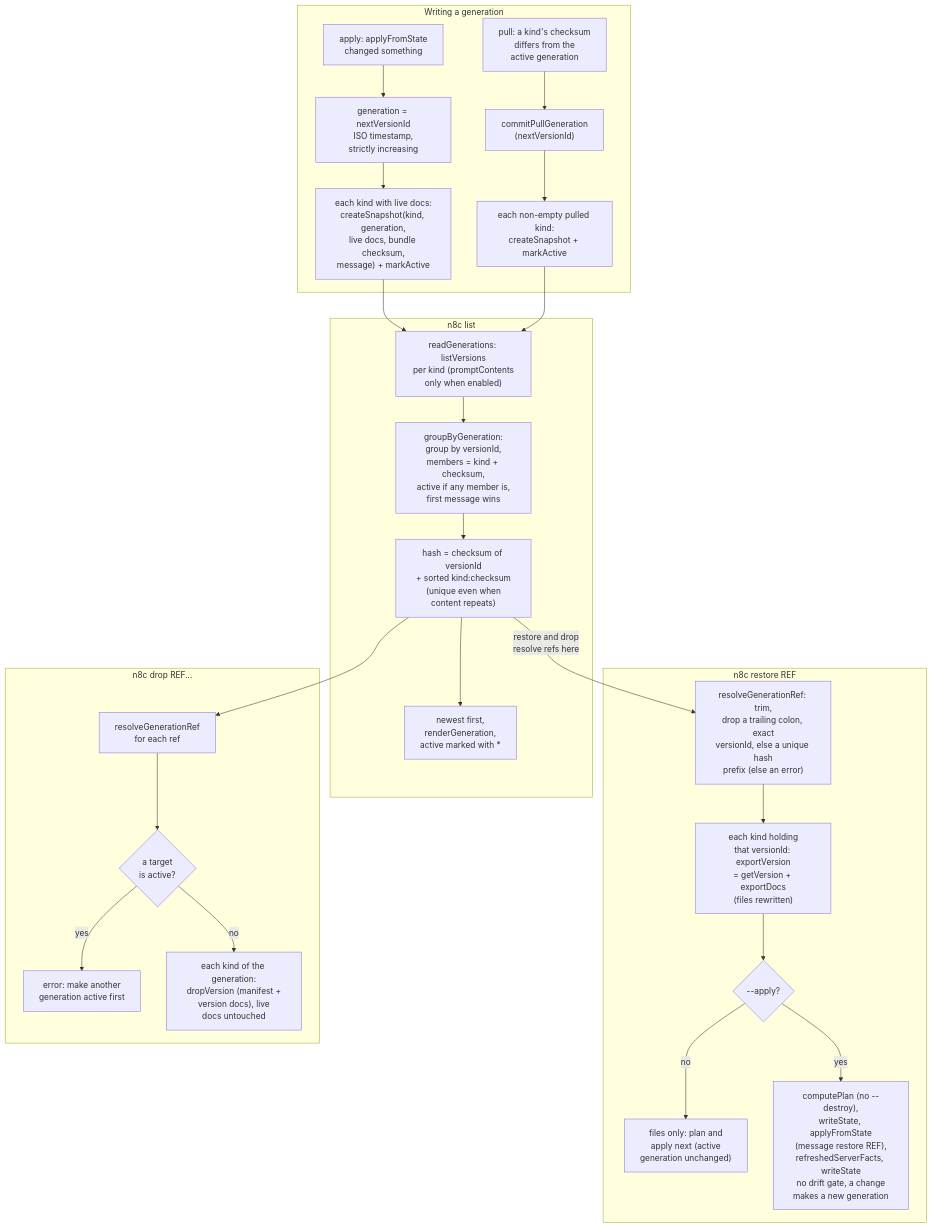
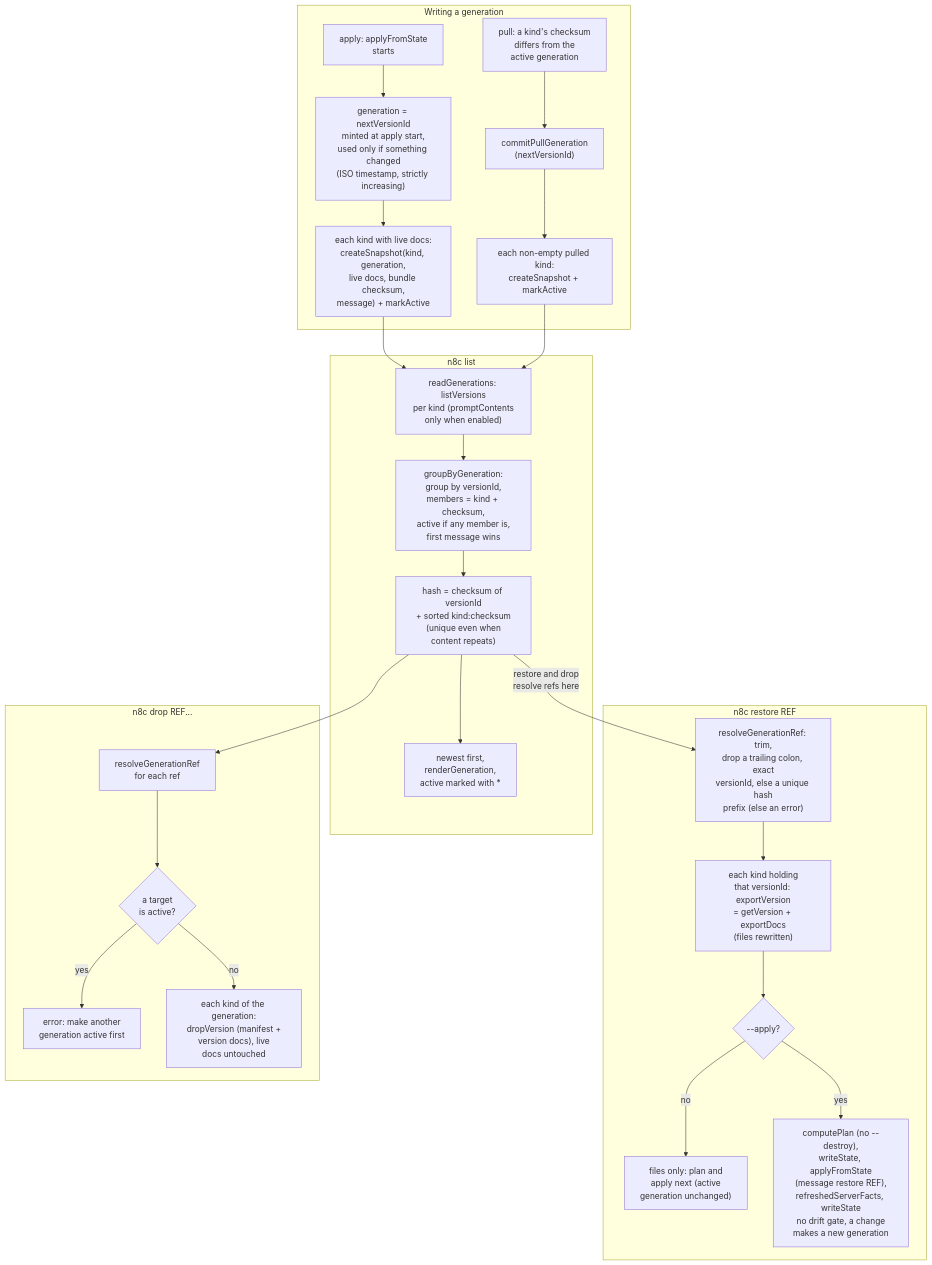
The eighth of 14 diagrams in docs/ARCHITECTURE.md (nullseal/n8c), drawn with Mermaid before and after one commit. The commit also changed other lines of this file, not shown here.

Commit message:
docs: fix diagram accuracy findings

````diff
--- a/docs/ARCHITECTURE.md
+++ b/docs/ARCHITECTURE.md
@@ -475,29 +481,29 @@
 ```mermaid
 flowchart TD
     subgraph WRITE["Writing a generation"]
-        AP["apply: applyFromState<br/>changed something"] --> G1["generation = nextVersionId<br/>ISO timestamp,<br/>strictly increasing"]
+        AP["apply: applyFromState<br/>starts"] --> G1["generation = nextVersionId<br/>minted at apply start,<br/>used only if something changed<br/>(ISO timestamp, strictly increasing)"]
         G1 --> SNAP["each kind with live docs:<br/>createSnapshot(kind, generation,<br/>live docs, bundle checksum,<br/>message) + markActive"]
         PL["pull: a kind's checksum<br/>differs from the<br/>active generation"] --> G2["commitPullGeneration<br/>(nextVersionId)"]
         G2 --> SNAP2["each non-empty pulled kind:<br/>createSnapshot + markActive"]
     end
     subgraph LIST["n8c list"]
         RG["readGenerations: listVersions<br/>per kind (promptContents<br/>only when enabled)"] --> GB["groupByGeneration:<br/>group by versionId,<br/>members = kind + checksum,<br/>active if any member is,<br/>first message wins"]
         GB --> H["hash = checksum of versionId<br/>+ sorted kind:checksum<br/>(unique even when<br/>content repeats)"]
         H --> SORT["newest first,<br/>renderGeneration,<br/>active marked with *"]
     end
     SNAP --> RG
     SNAP2 --> RG
     H -->|"restore and drop<br/>resolve refs here"| R1
     H --> D1
     subgraph RESTORE["n8c restore REF"]
         R1["resolveGenerationRef: trim,<br/>drop a trailing colon, exact<br/>versionId, else a unique hash<br/>prefix (else an error)"] --> R2["each kind holding<br/>that versionId: exportVersion<br/>= getVersion + exportDocs<br/>(files rewritten)"]
         R2 --> R3{"--apply?"}
         R3 -->|"no"| R4["files only: plan and<br/>apply next (active<br/>generation unchanged)"]
         R3 -->|"yes"| R5["computePlan (no --destroy),<br/>writeState, applyFromState<br/>(message restore REF),<br/>refreshedServerFacts, writeState<br/>no drift gate, a change<br/>makes a new generation"]
     end
     subgraph DROP["n8c drop REF..."]
         D1["resolveGenerationRef<br/>for each ref"] --> D2{"a target<br/>is active?"}
         D2 -->|"yes"| D3["error: make another<br/>generation active first"]
         D2 -->|"no"| D4["each kind of the generation:<br/>dropVersion (manifest +<br/>version docs), live<br/>docs untouched"]
     end
 ```
````
